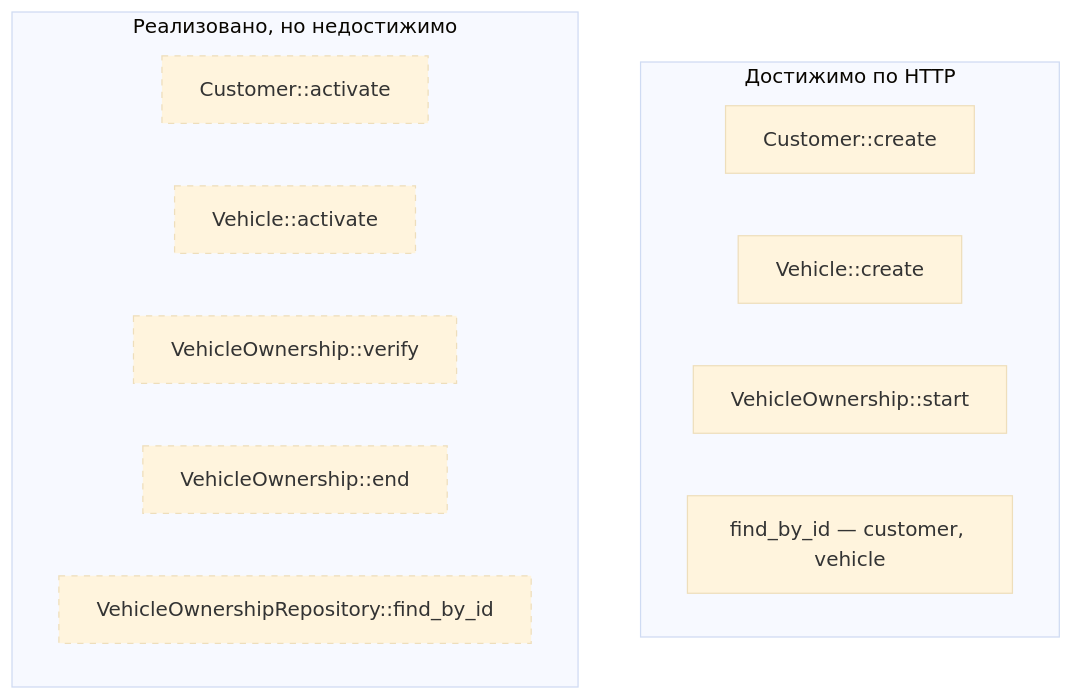
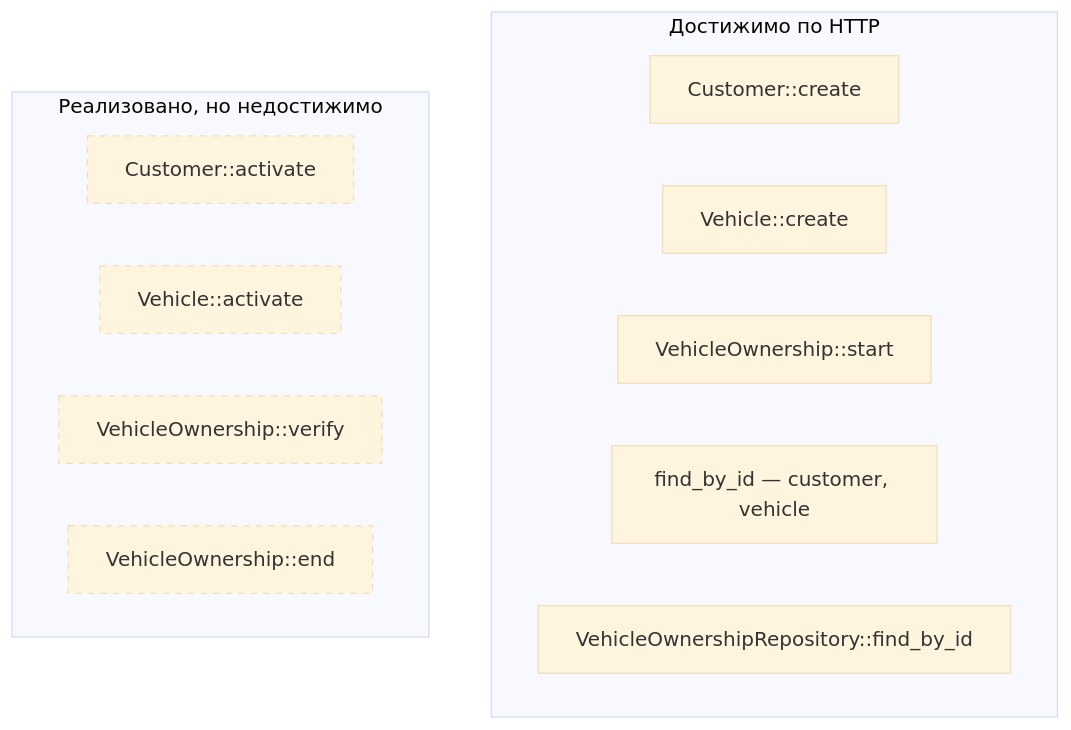
One commit to DeathRustZzZ/PitGO changed the second of 4 diagrams in docs/architecture/13_gaps.md. Above: the diagram before and after it, drawn with Mermaid (base theme). The commit also changed other lines of this file and 11 other files, not shown here.

Commit message:
feat(ownership): add GET endpoint and handler for vehicle ownership

````diff
--- a/docs/architecture/13_gaps.md
+++ b/docs/architecture/13_gaps.md
@@ -65,20 +65,20 @@
 ```mermaid
 flowchart TD
   subgraph reachable["Достижимо по HTTP"]
     R1["Customer::create"]
     R2["Vehicle::create"]
     R3["VehicleOwnership::start"]
     R4["find_by_id — customer, vehicle"]
+    R5["VehicleOwnershipRepository::find_by_id"]
   end
 
   subgraph unreachable["Реализовано, но недостижимо"]
     U1["Customer::activate"]
     U2["Vehicle::activate"]
     U3["VehicleOwnership::verify"]
     U4["VehicleOwnership::end"]
-    U5["VehicleOwnershipRepository::find_by_id"]
   end
 
   classDef missing stroke-dasharray: 5 5
-  class U1,U2,U3,U4,U5 missing
+  class U1,U2,U3,U4 missing
 ```
````
